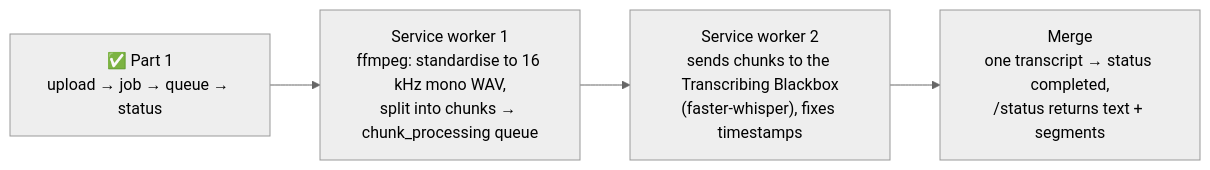
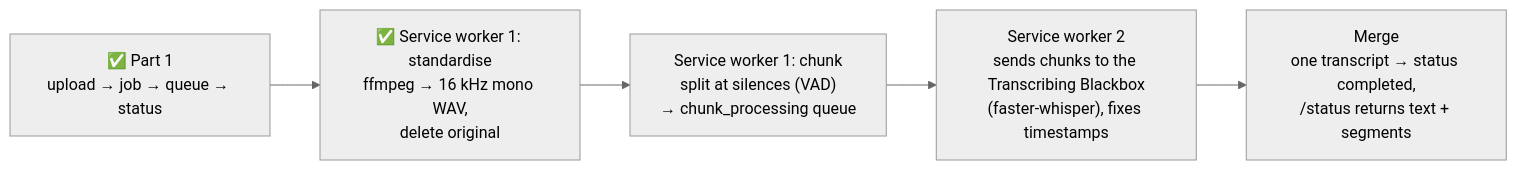
The seventh of 7 diagrams in README.md (yahyalfc/audio-transcriptor), drawn with Mermaid (neutral theme) before and after one commit. The commit also changed other lines of this file and 10 other files, not shown here.

````diff
--- a/README.md
+++ b/README.md
@@ -301,8 +361,9 @@
 ```mermaid
 flowchart LR
     P1["✅ Part 1<br/>upload → job → queue → status"]
-    P2["Service worker 1<br/>ffmpeg: standardise to 16 kHz mono WAV,<br/>split into chunks → chunk_processing queue"]
+    P2a["✅ Service worker 1: standardise<br/>ffmpeg → 16 kHz mono WAV,<br/>delete original"]
+    P2["Service worker 1: chunk<br/>split at silences (VAD)<br/>→ chunk_processing queue"]
     P3["Service worker 2<br/>sends chunks to the Transcribing Blackbox<br/>(faster-whisper), fixes timestamps"]
     P4["Merge<br/>one transcript → status completed,<br/>/status returns text + segments"]
-    P1 --> P2 --> P3 --> P4
+    P1 --> P2a --> P2 --> P3 --> P4
 ```
````
